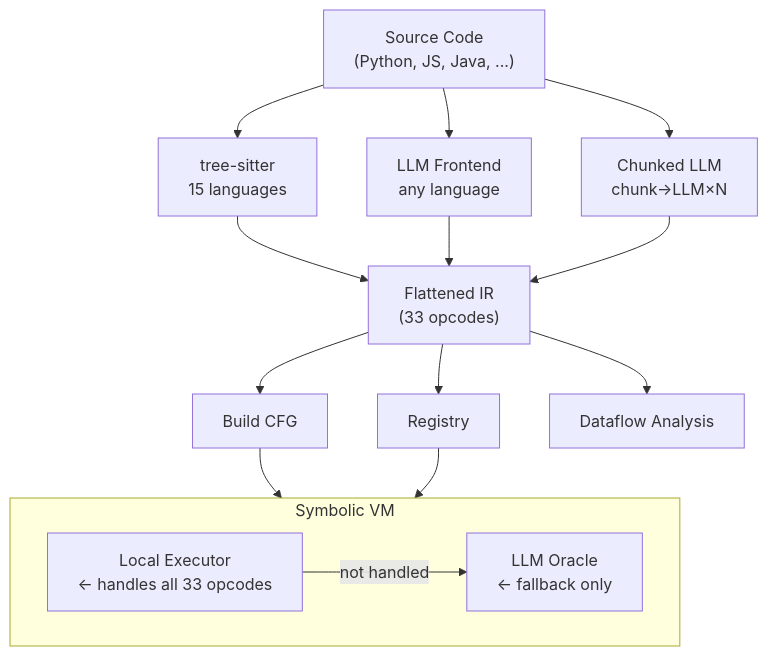
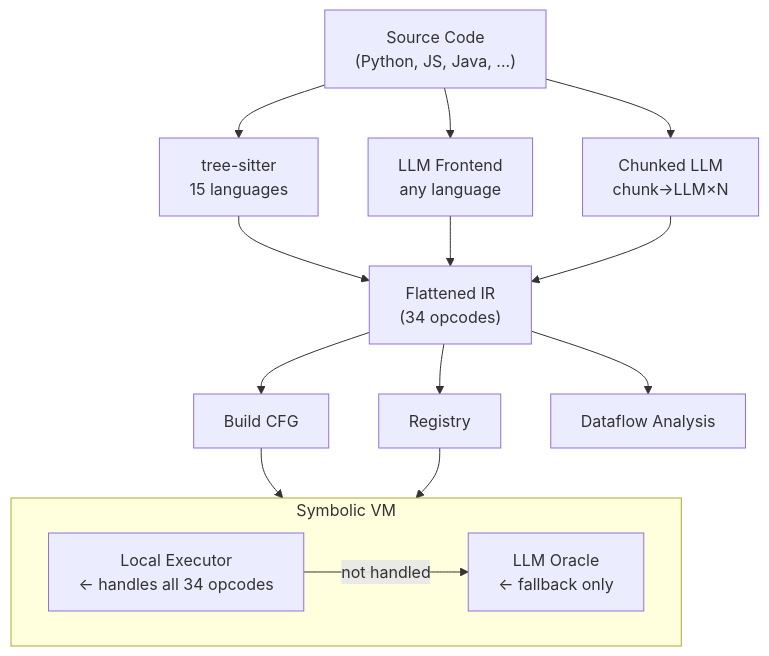
The first of 5 diagrams in docs/notes-on-vm-design.md (avishek-sen-gupta/red-dragon), drawn with Mermaid before and after one commit. The commit also changed other lines of this file and 7 other files, not shown here.

````diff
--- a/docs/notes-on-vm-design.md
+++ b/docs/notes-on-vm-design.md
@@ -34,24 +34,24 @@
 ```mermaid
 flowchart TD
     src["Source Code\n(Python, JS, Java, ...)"]
     ts["tree-sitter\n15 languages"]
     llm["LLM Frontend\nany language"]
     chunked["Chunked LLM\nchunk→LLM×N"]
-    ir["Flattened IR\n(33 opcodes)"]
+    ir["Flattened IR\n(34 opcodes)"]
     cfg["Build CFG"]
     reg["Registry"]
     df["Dataflow Analysis"]
 
     src --> ts & llm & chunked
     ts & llm & chunked --> ir
     ir --> cfg & reg & df
 
     subgraph VM ["Symbolic VM"]
-        exec["Local Executor\n← handles all 33 opcodes"]
+        exec["Local Executor\n← handles all 34 opcodes"]
         oracle["LLM Oracle\n← fallback only"]
         exec -- "not handled" --> oracle
     end
 
     cfg --> VM
     reg --> VM
 ```
````
